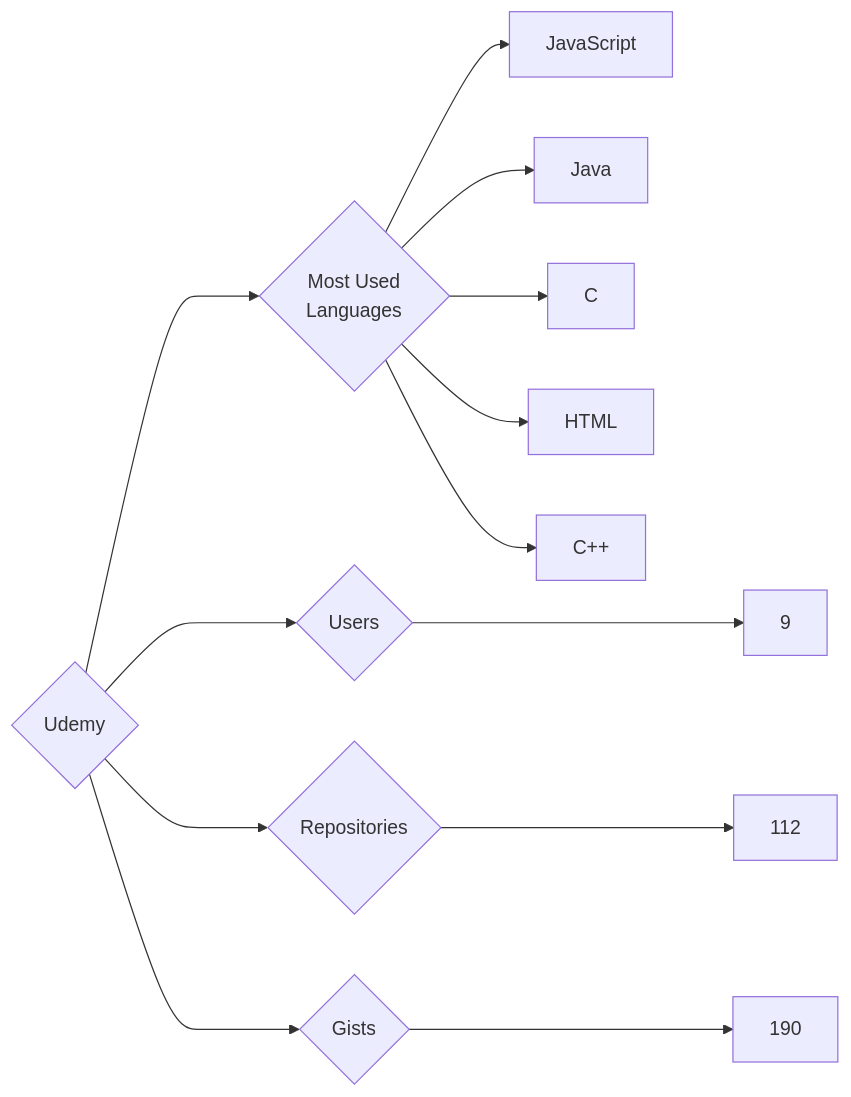
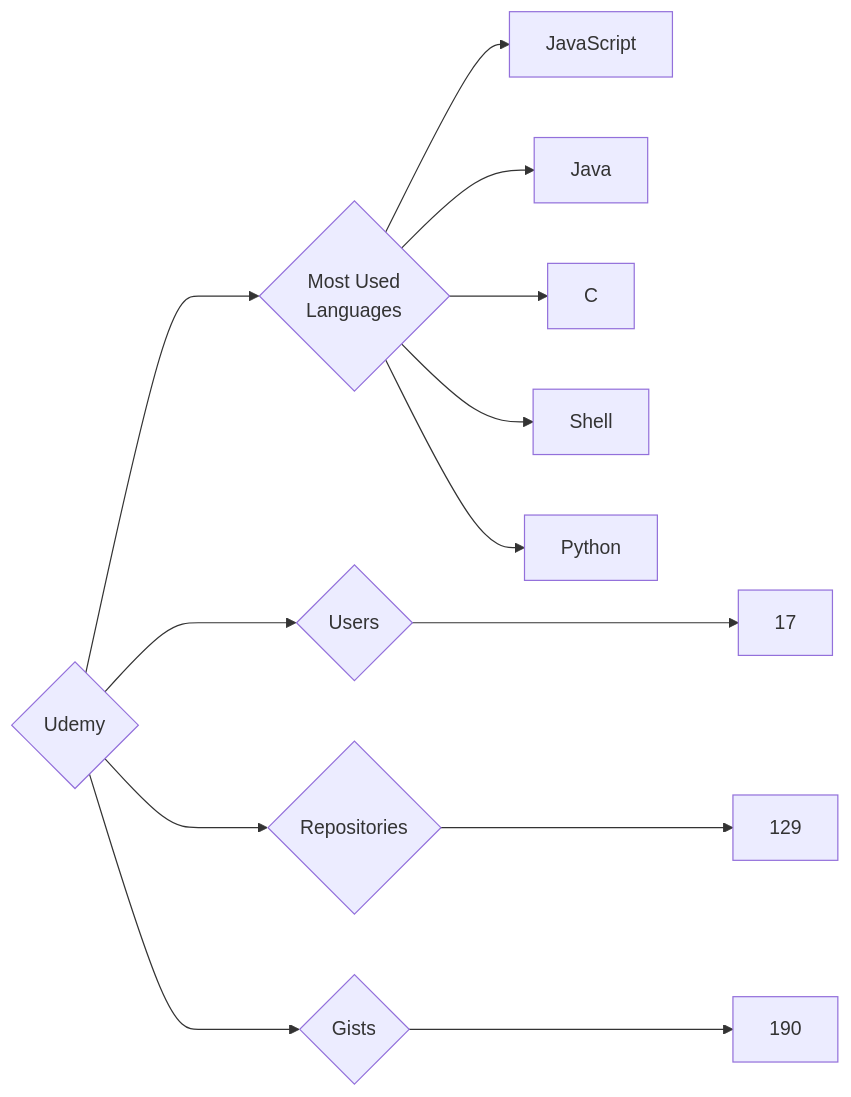
Before and after one commit to trickest/insiders: the diagram in targets/Udemy/README.md, drawn with Mermaid. The commit also changed 770 other files, not shown here.

````diff
--- a/targets/Udemy/README.md
+++ b/targets/Udemy/README.md
@@ -3,13 +3,13 @@
 ```mermaid
 graph LR
 COMPANY_NAME{Udemy}
-COMPANY_NAME ---> U{Users} ---> UN[9]
-COMPANY_NAME ---> R{Repositories} ---> RN[112]
+COMPANY_NAME ---> U{Users} ---> UN[17]
+COMPANY_NAME ---> R{Repositories} ---> RN[129]
 COMPANY_NAME ---> G{Gists} ---> GN[190]
 COMPANY_NAME ---> ML{Most Used<br>Languages}
 ML --> JavaScript[JavaScript]
 ML --> Java[Java]
 ML --> C[C]
-ML --> HTML[HTML]
-ML --> C++[C++]
+ML --> Shell[Shell]
+ML --> Python[Python]
 ```
````
